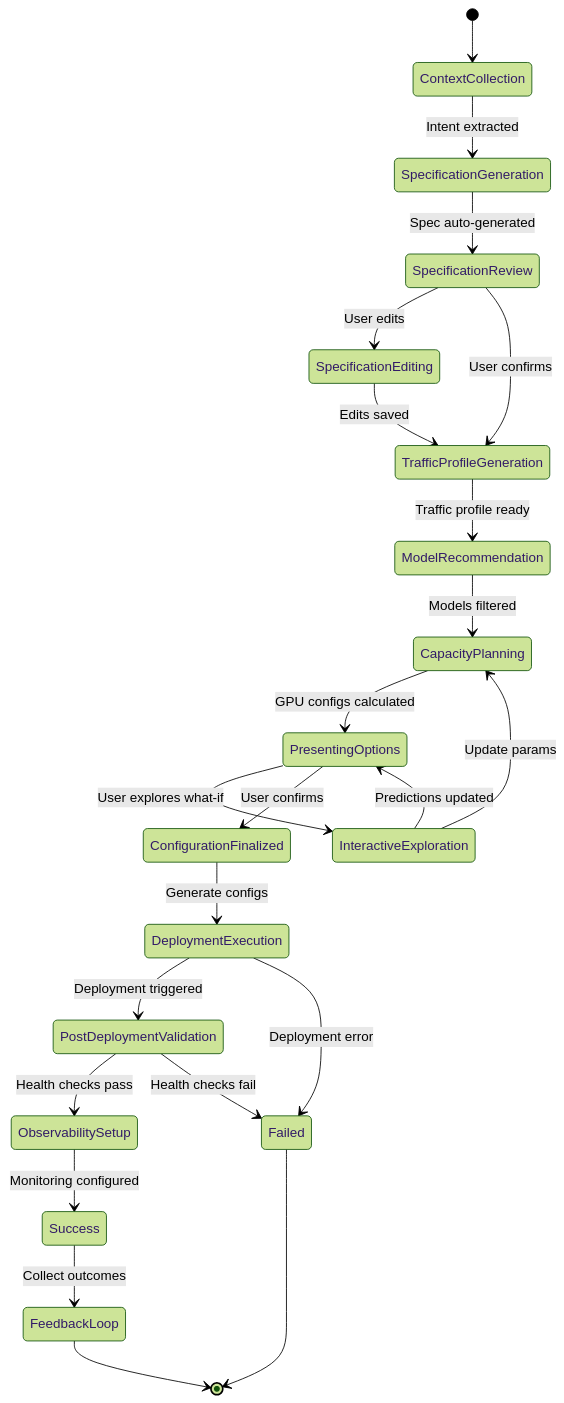
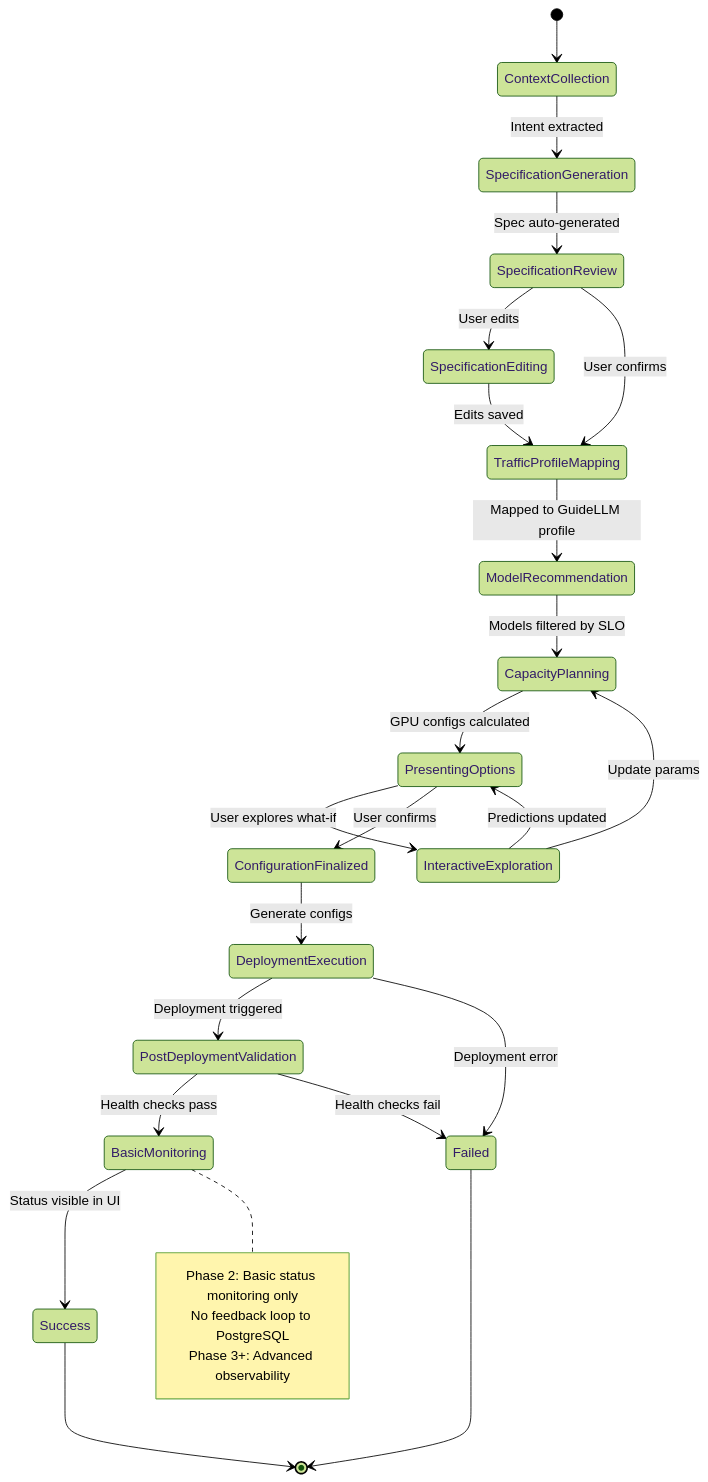
Before and after one commit to redhat-et/compass: the fourth of 5 diagrams in docs/architecture-diagram.md, drawn with Mermaid (forest theme). The commit also changed other lines of this file and 8 other files, not shown here.

First line of the commit message:
Refactor architecture to 4-engine + UI Layer structure

````diff
--- a/docs/architecture-diagram.md
+++ b/docs/architecture-diagram.md
@@ -264,34 +244,39 @@
 ```mermaid
 stateDiagram-v2
     [*] --> ContextCollection
 
     ContextCollection --> SpecificationGeneration: Intent extracted
     SpecificationGeneration --> SpecificationReview: Spec auto-generated
 
     SpecificationReview --> SpecificationEditing: User edits
-    SpecificationReview --> TrafficProfileGeneration: User confirms
-    SpecificationEditing --> TrafficProfileGeneration: Edits saved
+    SpecificationReview --> TrafficProfileMapping: User confirms
+    SpecificationEditing --> TrafficProfileMapping: Edits saved
 
-    TrafficProfileGeneration --> ModelRecommendation: Traffic profile ready
-    ModelRecommendation --> CapacityPlanning: Models filtered
+    TrafficProfileMapping --> ModelRecommendation: Mapped to GuideLLM profile
+    ModelRecommendation --> CapacityPlanning: Models filtered by SLO
     CapacityPlanning --> PresentingOptions: GPU configs calculated
 
     PresentingOptions --> InteractiveExploration: User explores what-if
     PresentingOptions --> ConfigurationFinalized: User confirms
 
     InteractiveExploration --> CapacityPlanning: Update params
     InteractiveExploration --> PresentingOptions: Predictions updated
 
     ConfigurationFinalized --> DeploymentExecution: Generate configs
     DeploymentExecution --> PostDeploymentValidation: Deployment triggered
     DeploymentExecution --> Failed: Deployment error
 
-    PostDeploymentValidation --> ObservabilitySetup: Health checks pass
+    PostDeploymentValidation --> BasicMonitoring: Health checks pass
     PostDeploymentValidation --> Failed: Health checks fail
 
-    ObservabilitySetup --> Success: Monitoring configured
-    Success --> FeedbackLoop: Collect outcomes
-    FeedbackLoop --> [*]
+    BasicMonitoring --> Success: Status visible in UI
+    Success --> [*]
 
     Failed --> [*]
+
+    note right of BasicMonitoring
+        Phase 2: Basic status monitoring only
+        No feedback loop to PostgreSQL
+        Phase 3+: Advanced observability
+    end note
 ```
````
